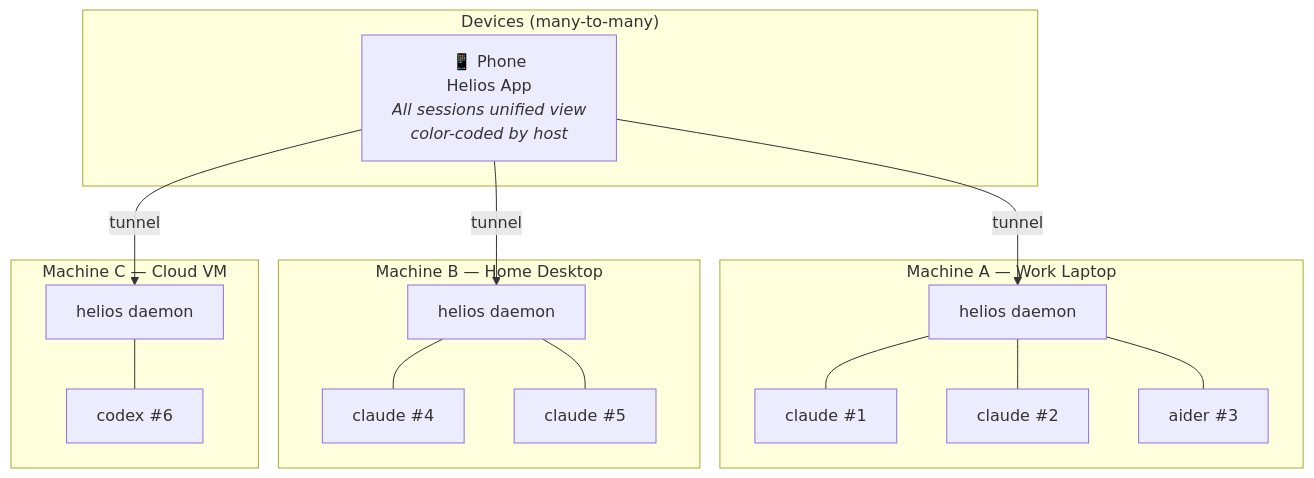
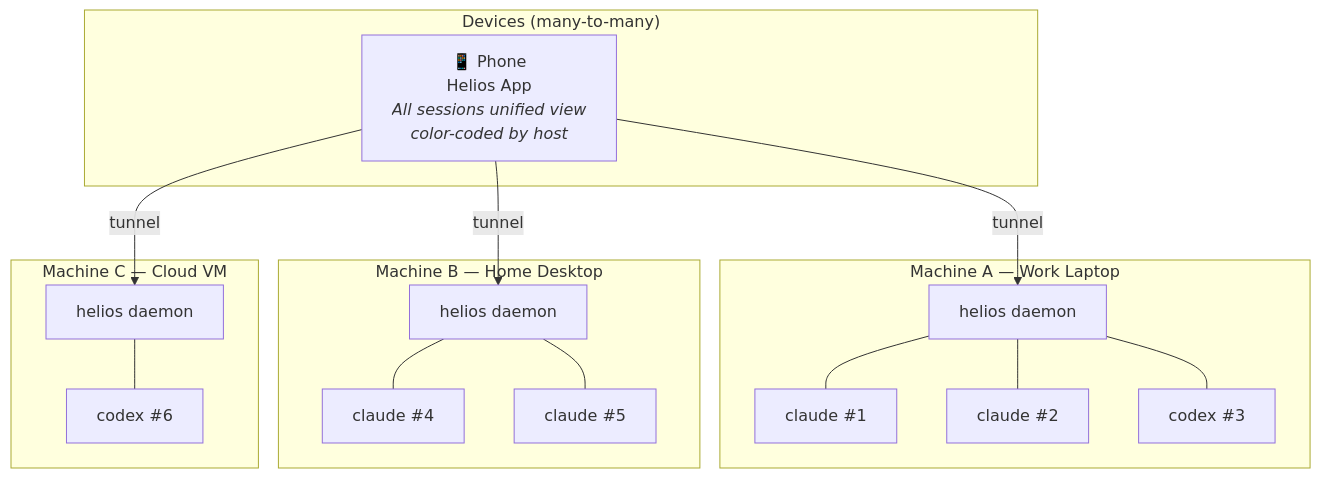
Before and after one commit to kamrul1157024/helios: the second of 4 diagrams in README.md, drawn with Mermaid. The commit also changed other lines of this file, not shown here.

Commit message:
docs: drop Aider, name Codex as a supported harness

````diff
--- a/README.md
+++ b/README.md
@@ -90,28 +90,28 @@
 ```mermaid
 graph TB
     subgraph Devices["Devices (many-to-many)"]
         Phone["📱 Phone<br/>Helios App<br/><i>All sessions unified view<br/>color-coded by host</i>"]
     end
 
     subgraph MachineA["Machine A — Work Laptop"]
         DA["helios daemon"]
         DA --- C1["claude #1"]
         DA --- C2["claude #2"]
-        DA --- A3["aider #3"]
+        DA --- X3["codex #3"]
     end
 
     subgraph MachineB["Machine B — Home Desktop"]
         DB["helios daemon"]
         DB --- C4["claude #4"]
         DB --- C5["claude #5"]
     end
 
     subgraph MachineC["Machine C — Cloud VM"]
         DC["helios daemon"]
         DC --- X6["codex #6"]
     end
 
     Phone -->|tunnel| DA
     Phone -->|tunnel| DB
     Phone -->|tunnel| DC
 ```
````
